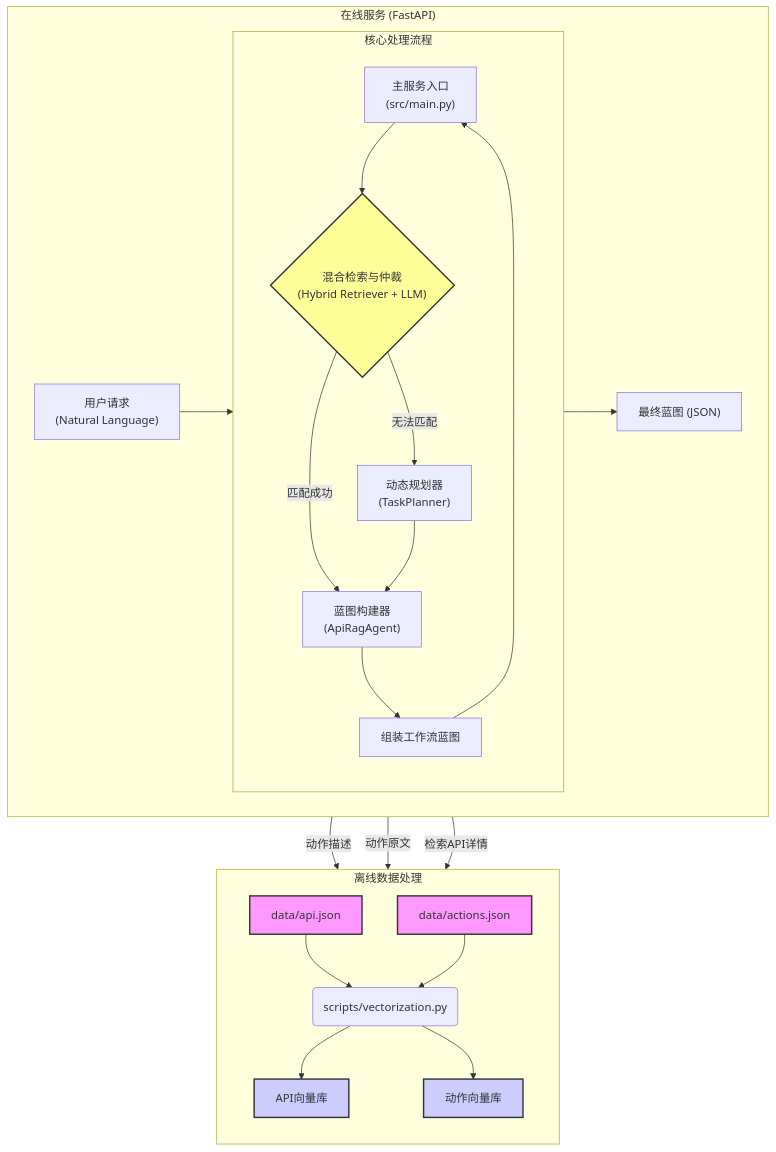
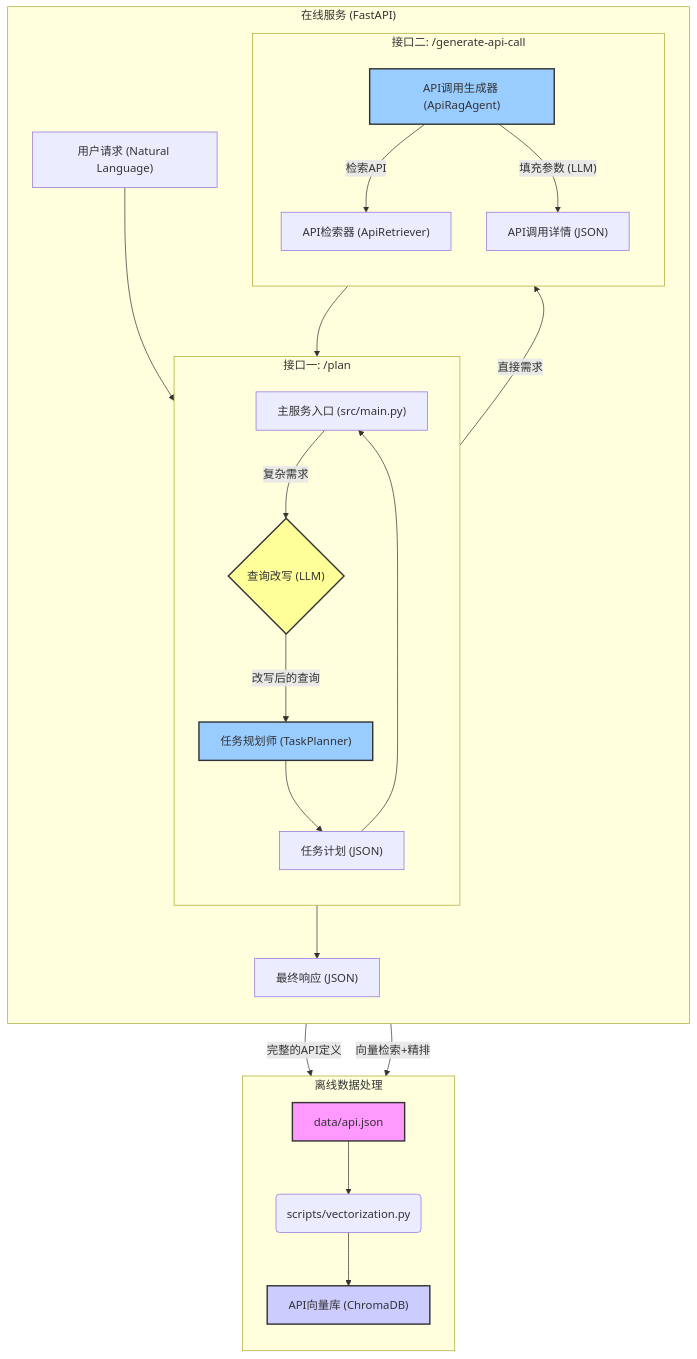
Before and after one commit to PullRequestPanda/apiAgent-main: the diagram in architecture.md, drawn with Mermaid. The commit also changed 9 other files, not shown here.

````diff
--- a/architecture.md
+++ b/architecture.md
@@ -1,39 +1,39 @@
 ```mermaid
 graph TD
     subgraph "离线数据处理"
         direction TB
         A1["data/api.json"] --> SCRIPT("scripts/vectorization.py");
-        A2["data/actions.json"] --> SCRIPT;
-        SCRIPT --> VS_API["API向量库"];
-        SCRIPT --> VS_ACTION["动作向量库"];
+        SCRIPT --> VS_API["API向量库 (ChromaDB)"];
     end
 
     subgraph "在线服务 (FastAPI)"
-        direction LR
-        USER["用户请求\n(Natural Language)"] --> MAIN["主服务入口\n(src/main.py)"];
+        direction TB
+        USER["用户请求 (Natural Language)"] --> MAIN["主服务入口 (src/main.py)"];
         
-        subgraph "核心处理流程"
+        subgraph "接口一: /plan"
             direction TB
-            MAIN --> RETRIEVER{"混合检索与仲裁\n(Hybrid Retriever + LLM)"};
-            RETRIEVER -- "动作描述" --> VS_ACTION;
-            RETRIEVER -- "动作原文" --> A2;
-            
-            RETRIEVER -- "匹配成功" --> PLAN_BUILDER["蓝图构建器\n(ApiRagAgent)"];
-            RETRIEVER -- "无法匹配" --> PLANNER["动态规划器\n(TaskPlanner)"];
-            
-            PLANNER --> PLAN_BUILDER;
-            
-            PLAN_BUILDER -- "检索API详情" --> VS_API;
-            PLAN_BUILDER --> FINAL_PLAN["组装工作流蓝图"];
+            MAIN -- "复杂需求" --> REWRITER{"查询改写 (LLM)"};
+            REWRITER -- "改写后的查询" --> PLANNER["任务规划师 (TaskPlanner)"];
+            PLANNER -- "完整的API定义" --> A1;
+            PLANNER --> PLAN_JSON["任务计划 (JSON)"];
         end
 
-        FINAL_PLAN --> MAIN;
-        MAIN --> RESPONSE["最终蓝图 (JSON)"];
+        subgraph "接口二: /generate-api-call"
+            direction TB
+            MAIN -- "直接需求" --> AGENT["API调用生成器 (ApiRagAgent)"];
+            AGENT -- "检索API" --> RETRIEVER["API检索器 (ApiRetriever)"];
+            RETRIEVER -- "向量检索+精排" --> VS_API;
+            AGENT -- "填充参数 (LLM)" --> CALL_JSON["API调用详情 (JSON)"];
+        end
+
+        PLAN_JSON --> MAIN;
+        CALL_JSON --> MAIN;
+        MAIN --> RESPONSE["最终响应 (JSON)"];
     end
 
     style A1 fill:#f9f,stroke:#333,stroke-width:2px
-    style A2 fill:#f9f,stroke:#333,stroke-width:2px
     style VS_API fill:#ccf,stroke:#333,stroke-width:2px
-    style VS_ACTION fill:#ccf,stroke:#333,stroke-width:2px
-    style RETRIEVER fill:#ff9,stroke:#333,stroke-width:2px
+    style REWRITER fill:#ff9,stroke:#333,stroke-width:2px
+    style PLANNER fill:#9cf,stroke:#333,stroke-width:2px
+    style AGENT fill:#9cf,stroke:#333,stroke-width:2px
 ```
````
